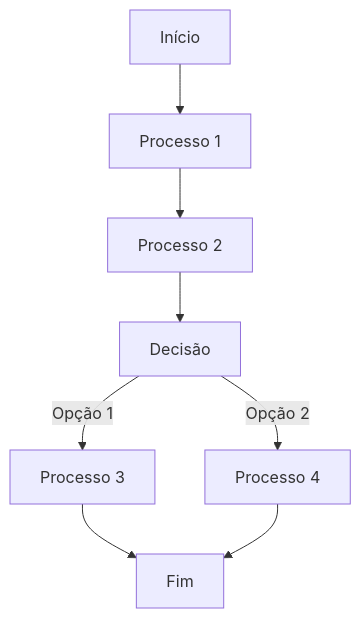
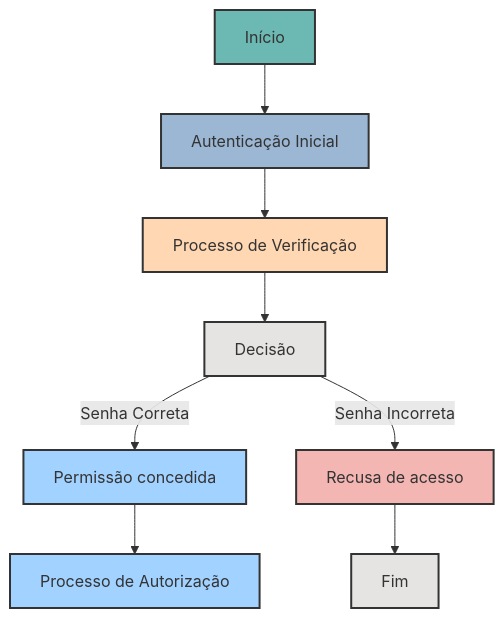
Before and after one commit to dvizioon/CRIP-TEXTO: the diagram in README.md, drawn with Mermaid. The commit also changed other lines of this file, not shown here.

Commit message:
UP<README>

````diff
--- a/README.md
+++ b/README.md
@@ -69,11 +76,19 @@
 ```mermaid
 graph TD;
-    A[Início] --> B[Processo 1];
-    B --> C[Processo 2];
+    A[Início] --> B[Autenticação Inicial];
+    B --> C[Processo de Verificação];
     C --> D[Decisão];
-    D -- Opção 1 --> E[Processo 3];
-    D -- Opção 2 --> F[Processo 4];
-    E --> G[Fim];
-    F --> G;
+    D -- Senha Correta --> E[Permissão concedida];
+    D -- Senha Incorreta --> F[Recusa de acesso];
+    E --> G[Processo de Autorização];
+    F --> H[Fim];
 
+    style A fill:#6CB8B2,stroke:#333,stroke-width:2px;
+    style B fill:#9BB7D4,stroke:#333,stroke-width:2px;
+    style C fill:#FFD7B2,stroke:#333,stroke-width:2px;
+    style D fill:#E5E4E2,stroke:#333,stroke-width:2px;
+    style E fill:#A2D2FF,stroke:#333,stroke-width:2px;
+    style F fill:#F3B6B3,stroke:#333,stroke-width:2px;
+    style G fill:#A2D2FF,stroke:#333,stroke-width:2px;
+    style H fill:#E5E4E2,stroke:#333,stroke-width:2px;
 ```
````
